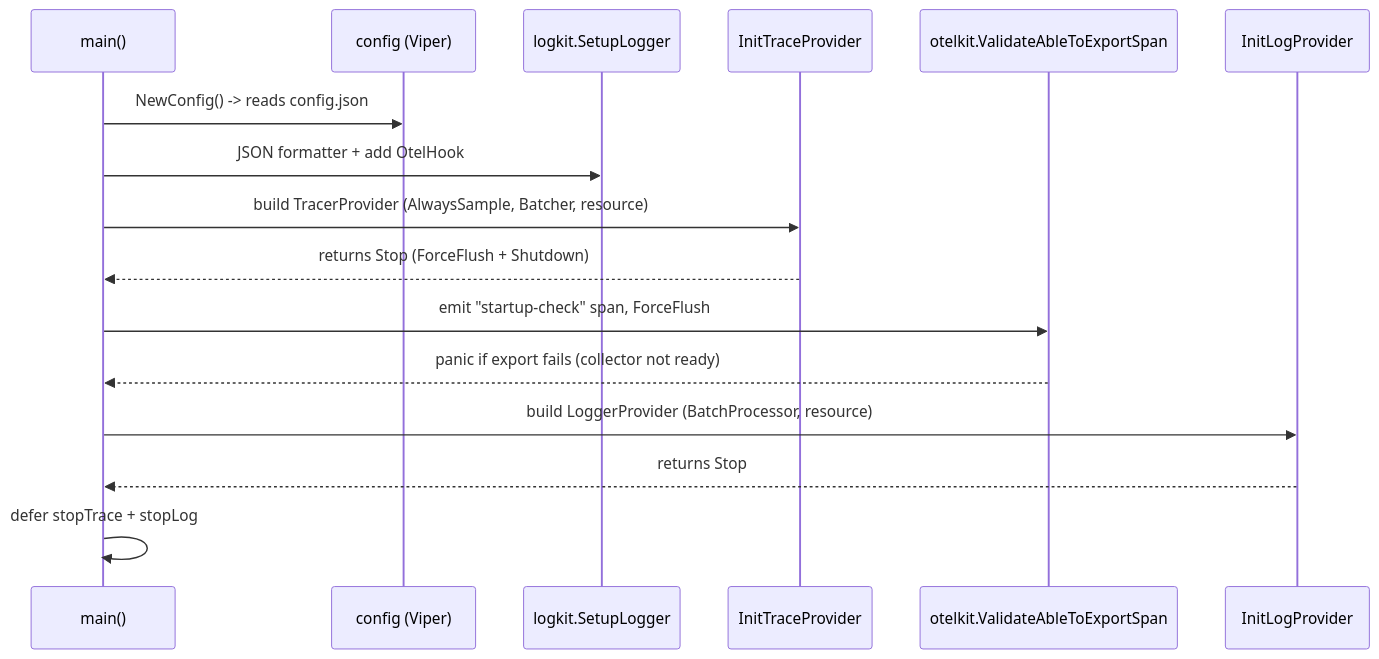
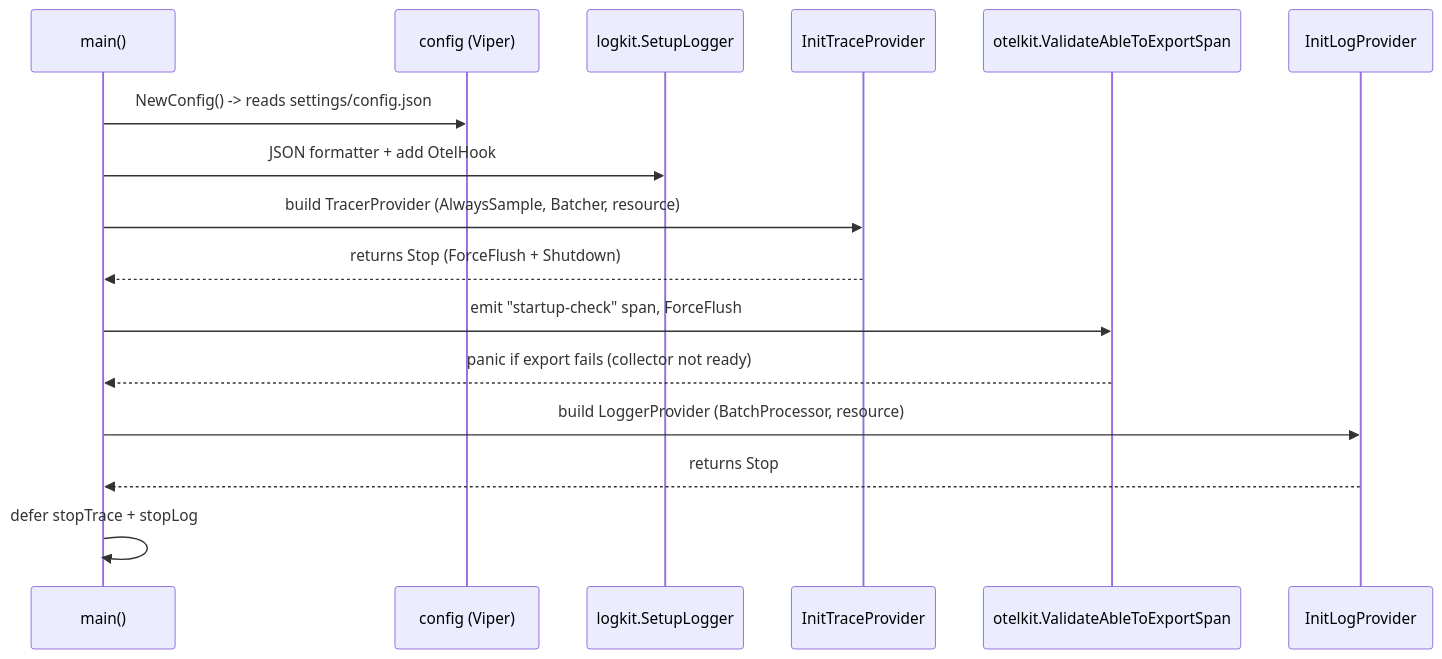
One commit to Hidayathamir/golang-clean-architecture changed the second of 8 diagrams in .opencode/skills/otel-architecture/SKILL.md. Above: the diagram before and after it, drawn with Mermaid. The commit also changed other lines of this file and 5 other files, not shown here.

First line of the commit message:
refactor: move config files into settings/ directory

````diff
--- a/.opencode/skills/otel-architecture/SKILL.md
+++ b/.opencode/skills/otel-architecture/SKILL.md
@@ -66,19 +66,19 @@
 ```mermaid
 sequenceDiagram
     participant main as main()
     participant cfg as config (Viper)
     participant logkit as logkit.SetupLogger
     participant trace as InitTraceProvider
     participant otelkit as otelkit.ValidateAbleToExportSpan
     participant logs as InitLogProvider
 
-    main->>cfg: NewConfig() -> reads config.json
+    main->>cfg: NewConfig() -> reads settings/config.json
     main->>logkit: JSON formatter + add OtelHook
     main->>trace: build TracerProvider (AlwaysSample, Batcher, resource)
     trace-->>main: returns Stop (ForceFlush + Shutdown)
     main->>otelkit: emit "startup-check" span, ForceFlush
     otelkit-->>main: panic if export fails (collector not ready)
     main->>logs: build LoggerProvider (BatchProcessor, resource)
     logs-->>main: returns Stop
     main->>main: defer stopTrace + stopLog
 ```
````
